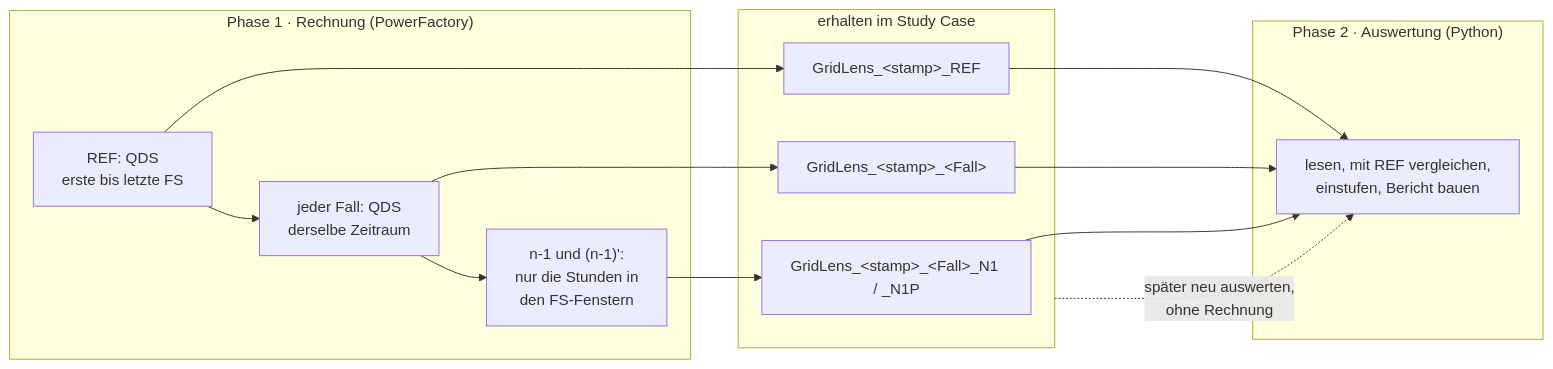
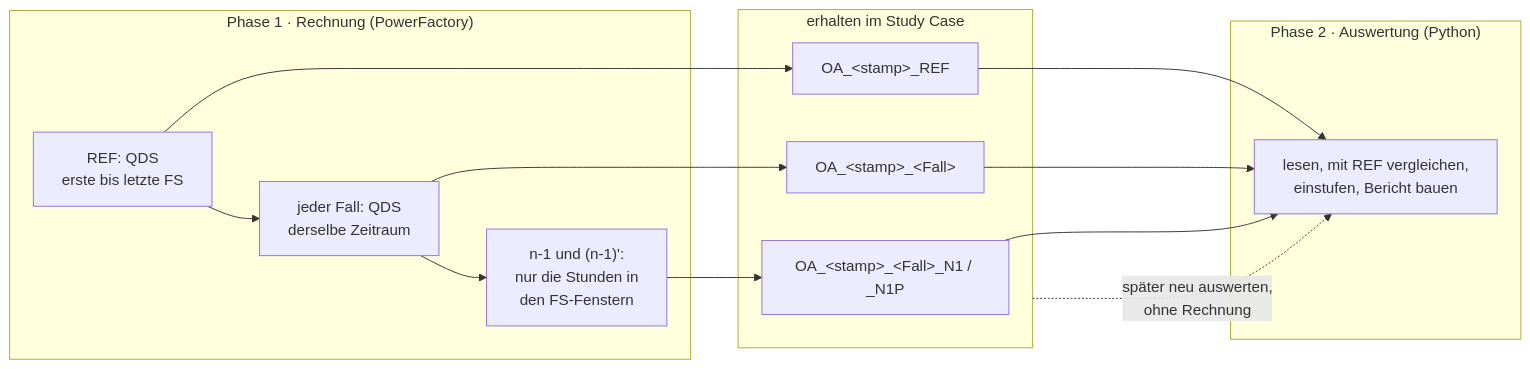
One commit to hadiibrahim-Engin/GridLensAssessment changed the first of 2 diagrams in docs/de/BERECHNUNG_UND_AUSWERTUNG.md. Above: the diagram before and after it, drawn with Mermaid. The commit also changed other lines of this file and 61 other files, not shown here.

First line of the commit message:
Refactor GridLens references to Outage Assessment in diagnostic probes and scripts

````diff
--- a/docs/de/BERECHNUNG_UND_AUSWERTUNG.md
+++ b/docs/de/BERECHNUNG_UND_AUSWERTUNG.md
@@ -14,20 +14,20 @@
 ```mermaid
 flowchart LR
     subgraph P1["Phase 1 · Rechnung (PowerFactory)"]
         R["REF: QDS<br/>erste bis letzte FS"] --> C["jeder Fall: QDS<br/>derselbe Zeitraum"]
         C --> N["n-1 und (n-1)':<br/>nur die Stunden in<br/>den FS-Fenstern"]
     end
     subgraph K["erhalten im Study Case"]
-        E1["GridLens_&lt;stamp&gt;_REF"]
-        E2["GridLens_&lt;stamp&gt;_&lt;Fall&gt;"]
-        E3["GridLens_&lt;stamp&gt;_&lt;Fall&gt;_N1 / _N1P"]
+        E1["OA_&lt;stamp&gt;_REF"]
+        E2["OA_&lt;stamp&gt;_&lt;Fall&gt;"]
+        E3["OA_&lt;stamp&gt;_&lt;Fall&gt;_N1 / _N1P"]
     end
     subgraph P2["Phase 2 · Auswertung (Python)"]
         V["lesen, mit REF vergleichen,<br/>einstufen, Bericht bauen"]
     end
     R --> E1
     C --> E2
     N --> E3
     E1 & E2 & E3 --> V
     K -. "später neu auswerten,<br/>ohne Rechnung" .-> V
 ```
````
